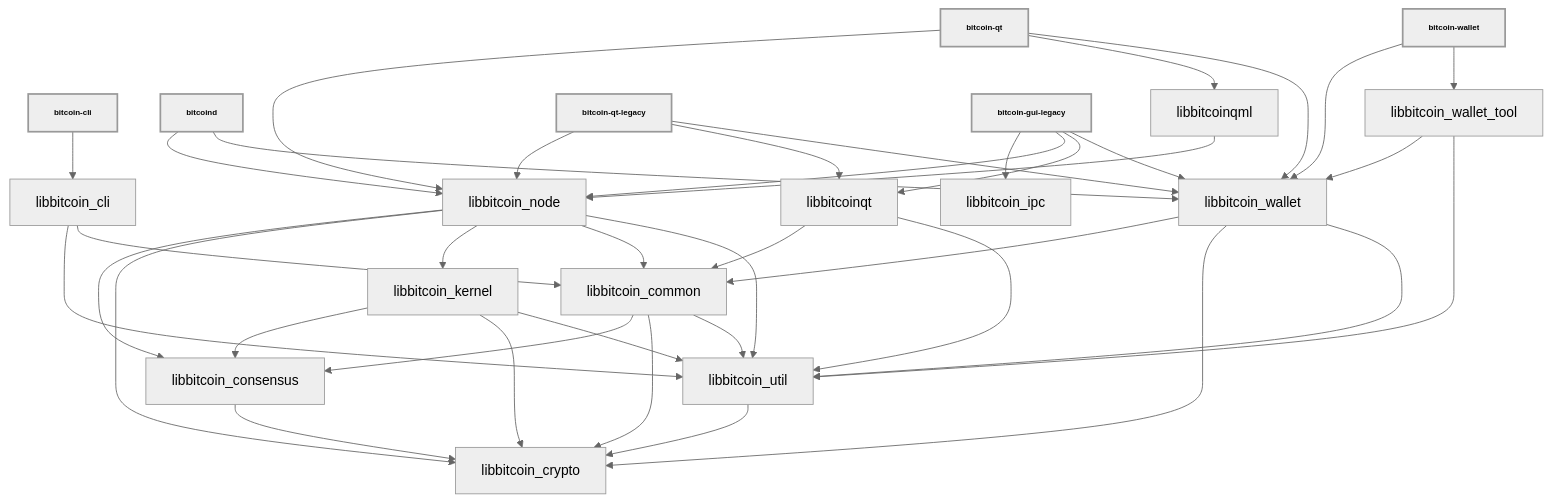
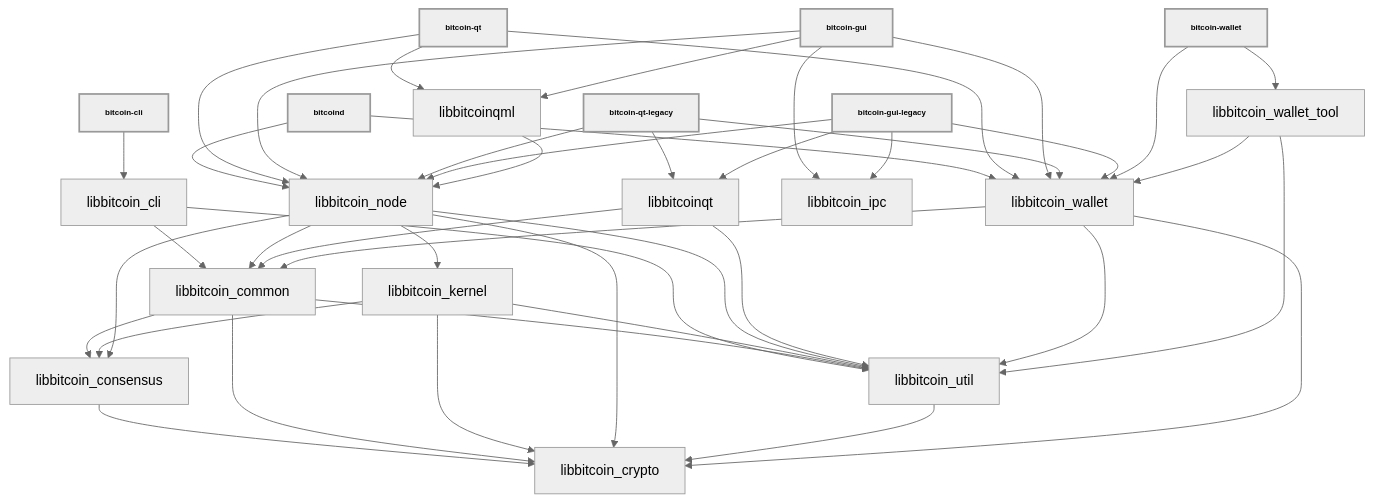
Before and after one commit to bitcoin-core/gui-qml: the diagram in doc/design/libraries.md, drawn with Mermaid (neutral theme). The commit also changed other lines of this file and 27 other files, not shown here.

````diff
--- a/doc/design/libraries.md
+++ b/doc/design/libraries.md
@@ -37,63 +37,68 @@
 ```mermaid
 
 %%{ init : { "flowchart" : { "curve" : "basis" }}}%%
 
 graph TD;
 
 bitcoin-cli[bitcoin-cli]-->libbitcoin_cli;
 
 bitcoind[bitcoind]-->libbitcoin_node;
 bitcoind[bitcoind]-->libbitcoin_wallet;
 
 bitcoin-qt[bitcoin-qt]-->libbitcoin_node;
 bitcoin-qt[bitcoin-qt]-->libbitcoinqml;
 bitcoin-qt[bitcoin-qt]-->libbitcoin_wallet;
+
+bitcoin-gui[bitcoin-gui]-->libbitcoin_ipc;
+bitcoin-gui[bitcoin-gui]-->libbitcoin_node;
+bitcoin-gui[bitcoin-gui]-->libbitcoinqml;
+bitcoin-gui[bitcoin-gui]-->libbitcoin_wallet;
 
 bitcoin-qt-legacy[bitcoin-qt-legacy]-->libbitcoin_node;
 bitcoin-qt-legacy[bitcoin-qt-legacy]-->libbitcoinqt;
 bitcoin-qt-legacy[bitcoin-qt-legacy]-->libbitcoin_wallet;
 
 bitcoin-gui-legacy[bitcoin-gui-legacy]-->libbitcoin_ipc;
 bitcoin-gui-legacy[bitcoin-gui-legacy]-->libbitcoin_node;
 bitcoin-gui-legacy[bitcoin-gui-legacy]-->libbitcoinqt;
 bitcoin-gui-legacy[bitcoin-gui-legacy]-->libbitcoin_wallet;
 
 bitcoin-wallet[bitcoin-wallet]-->libbitcoin_wallet;
 bitcoin-wallet[bitcoin-wallet]-->libbitcoin_wallet_tool;
 
 libbitcoin_cli-->libbitcoin_util;
 libbitcoin_cli-->libbitcoin_common;
 
 libbitcoin_consensus-->libbitcoin_crypto;
 
 libbitcoin_common-->libbitcoin_consensus;
 libbitcoin_common-->libbitcoin_crypto;
 libbitcoin_common-->libbitcoin_util;
 
 libbitcoin_kernel-->libbitcoin_consensus;
 libbitcoin_kernel-->libbitcoin_crypto;
 libbitcoin_kernel-->libbitcoin_util;
 
 libbitcoin_node-->libbitcoin_consensus;
 libbitcoin_node-->libbitcoin_crypto;
 libbitcoin_node-->libbitcoin_kernel;
 libbitcoin_node-->libbitcoin_common;
 libbitcoin_node-->libbitcoin_util;
 
 libbitcoinqml-->libbitcoin_node;
 
 libbitcoinqt-->libbitcoin_common;
 libbitcoinqt-->libbitcoin_util;
 
 libbitcoin_util-->libbitcoin_crypto;
 
 libbitcoin_wallet-->libbitcoin_common;
 libbitcoin_wallet-->libbitcoin_crypto;
 libbitcoin_wallet-->libbitcoin_util;
 
 libbitcoin_wallet_tool-->libbitcoin_wallet;
 libbitcoin_wallet_tool-->libbitcoin_util;
 
 classDef bold stroke-width:2px, font-weight:bold, font-size: smaller;
-class bitcoin-qt,bitcoin-qt-legacy,bitcoin-gui-legacy,bitcoind,bitcoin-cli,bitcoin-wallet bold
+class bitcoin-qt,bitcoin-gui,bitcoin-qt-legacy,bitcoin-gui-legacy,bitcoind,bitcoin-cli,bitcoin-wallet bold
 ```
````
